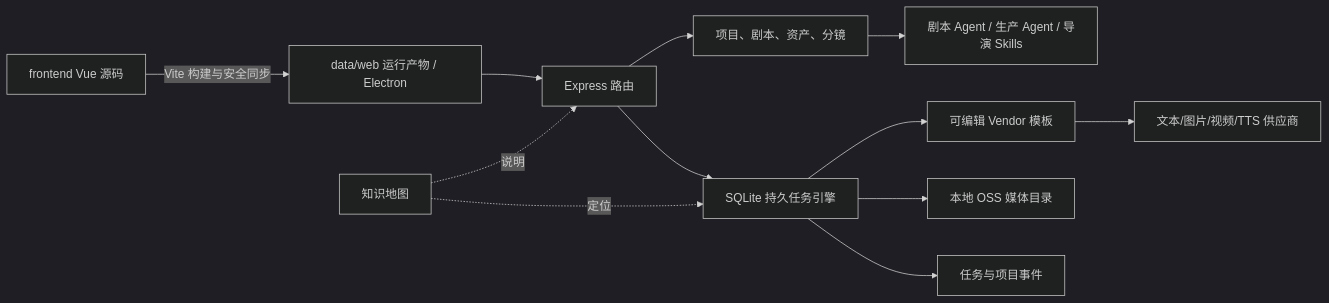
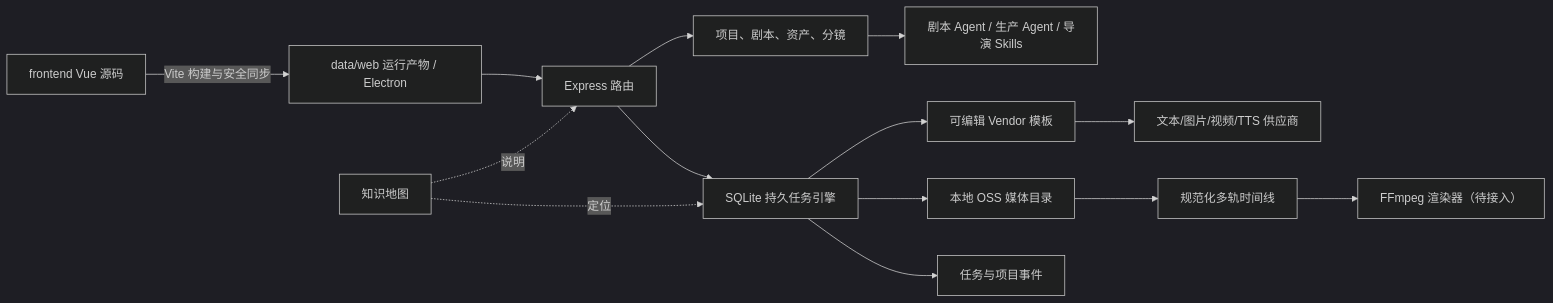
The diagram in docs/knowledge-hub/architecture.md (NathanielbeeLee/Toonflow-app), drawn with Mermaid (dark theme) before and after one commit. The commit also changed other lines of this file and 14 other files, not shown here.

Commit message:
docs: record normalized timeline absorption

````diff
--- a/docs/knowledge-hub/architecture.md
+++ b/docs/knowledge-hub/architecture.md
@@ -3,14 +3,16 @@
 ```mermaid
 flowchart LR
   Source["frontend Vue 源码"] -->|"Vite 构建与安全同步"| UI["data/web 运行产物 / Electron"]
   UI --> API["Express 路由"]
   API --> Domain["项目、剧本、资产、分镜"]
   Domain --> Agent["剧本 Agent / 生产 Agent / 导演 Skills"]
   API --> Queue["SQLite 持久任务引擎"]
   Queue --> Vendor["可编辑 Vendor 模板"]
   Vendor --> Cloud["文本/图片/视频/TTS 供应商"]
   Queue --> Media["本地 OSS 媒体目录"]
+  Media --> Timeline["规范化多轨时间线"]
+  Timeline --> Renderer["FFmpeg 渲染器（待接入）"]
   Queue --> Events["任务与项目事件"]
   Knowledge["知识地图"] -.说明.-> API
   Knowledge -.定位.-> Queue
 ```
````
